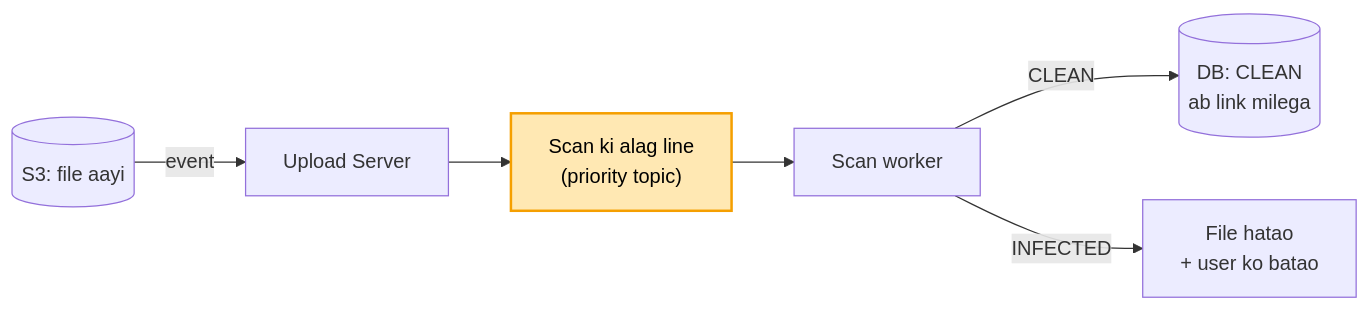
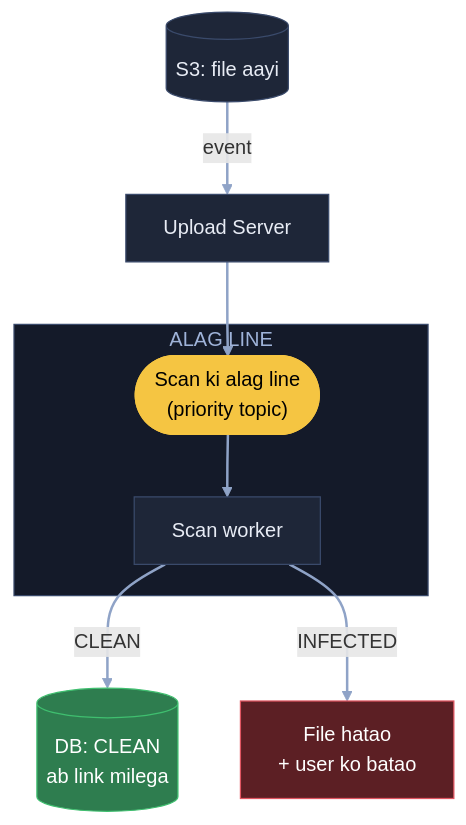
Before and after one commit to ArpanMaheshwari144/Prep: the eighth of 8 diagrams in 04_HLD/SYSTEM_DESIGNS/07_file_upload_validate_system/07_file_upload.md, drawn with Mermaid. The commit also changed other lines of this file, not shown here.

Commit message:
File upload: 8 diagram YouTube (reel) wale card andaaz me

````diff
--- a/04_HLD/SYSTEM_DESIGNS/07_file_upload_validate_system/07_file_upload.md
+++ b/04_HLD/SYSTEM_DESIGNS/07_file_upload_validate_system/07_file_upload.md
@@ -203,9 +283,22 @@
 ```mermaid
-flowchart LR
-    S3[("S3: file aayi")] -- "event" --> U["Upload Server"]
-    U --> K["Scan ki alag line<br/>(priority topic)"]
-    K --> W["Scan worker"]
-    W -- "CLEAN" --> DB[("DB: CLEAN<br/>ab link milega")]
-    W -- "INFECTED" --> X["File hatao<br/>+ user ko batao"]
-    style K fill:#ffe8b3,stroke:#f59f00,stroke-width:2px,color:#000
+flowchart TB
+    S3[("S3: file aayi")]:::card
+    U["Upload Server"]:::card
+    subgraph AL["ALAG LINE"]
+        K(["Scan ki alag line<br/>(priority topic)"]):::pill
+        W["Scan worker"]:::card
+    end
+    DB[("DB: CLEAN<br/>ab link milega")]:::good
+    X["File hatao<br/>+ user ko batao"]:::bad
+    S3 -- "event" --> U
+    U --> K
+    K --> W
+    W -- "CLEAN" --> DB
+    W -- "INFECTED" --> X
+    linkStyle default stroke:#8fa3c7,stroke-width:2px
+    classDef card fill:#1e2638,stroke:#3a4a6b,color:#e8ecf5
+    classDef pill fill:#f5c542,stroke:#f5c542,color:#000
+    classDef good fill:#2e7d4f,stroke:#3fbf6f,color:#fff
+    classDef bad fill:#5c1f24,stroke:#e05561,color:#fff
+    style AL fill:#141a29,stroke:#3a4a6b,color:#9fb3d9
 ```
````
